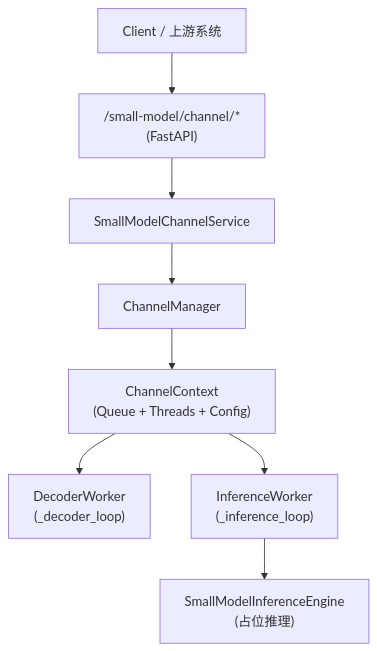
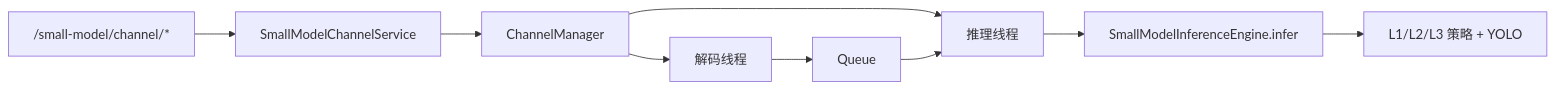
One commit to gaocf888/models_app_framework changed the diagram in framework-guide/小模型通道推理整体实现技术说明.md. Above: the diagram before and after it, drawn with Mermaid. The commit also changed other lines of this file and 29 other files, not shown here.

````diff
--- a/framework-guide/小模型通道推理整体实现技术说明.md
+++ b/framework-guide/小模型通道推理整体实现技术说明.md
@@ -183,10 +67,11 @@
 ```mermaid
-flowchart TB
-    Client["Client / 上游系统"] --> API["/small-model/channel/*<br/>(FastAPI)"]
-    API --> Svc["SmallModelChannelService"]
+flowchart LR
+    API["/small-model/channel/*"] --> Svc["SmallModelChannelService"]
     Svc --> CM["ChannelManager"]
-    CM --> Ctx["ChannelContext<br/>(Queue + Threads + Config)"]
-    Ctx --> Dec["DecoderWorker<br/>(_decoder_loop)"]
-    Ctx --> Inf["InferenceWorker<br/>(_inference_loop)"]
-    Inf --> Engine["SmallModelInferenceEngine<br/>(占位推理)"]
+    CM --> Dec["解码线程"]
+    CM --> Inf["推理线程"]
+    Dec --> Q["Queue"]
+    Q --> Inf
+    Inf --> Eng["SmallModelInferenceEngine.infer"]
+    Eng --> St["L1/L2/L3 策略 + YOLO"]
 ```
````
